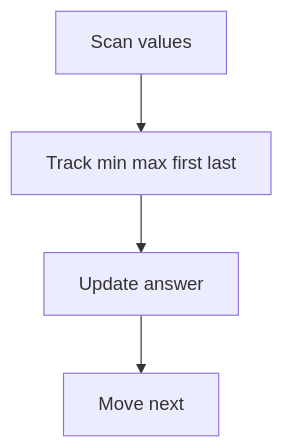
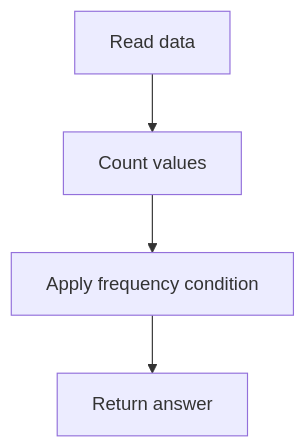
Diagram 11 of 23 in CP_DSA_NOTES/001_TOPIC_WISE/013_ADHOC_PROBLEMS.md (mthaiseer/springcloud-systemdesign-notes), drawn with Mermaid before and after one commit. The commit also changed other lines of this file and 1 other file, not shown here.

````diff
--- a/CP_DSA_NOTES/001_TOPIC_WISE/013_ADHOC_PROBLEMS.md
+++ b/CP_DSA_NOTES/001_TOPIC_WISE/013_ADHOC_PROBLEMS.md
@@ -1006,6 +810,6 @@
 ```mermaid
 flowchart TD
-    A["Scan values"] --> B["Track min max first last"]
-    B --> C["Update answer"]
-    C --> D["Move next"]
+    A["Read data"] --> B["Count values"]
+    B --> C["Apply frequency condition"]
+    C --> D["Return answer"]
 ```
````
